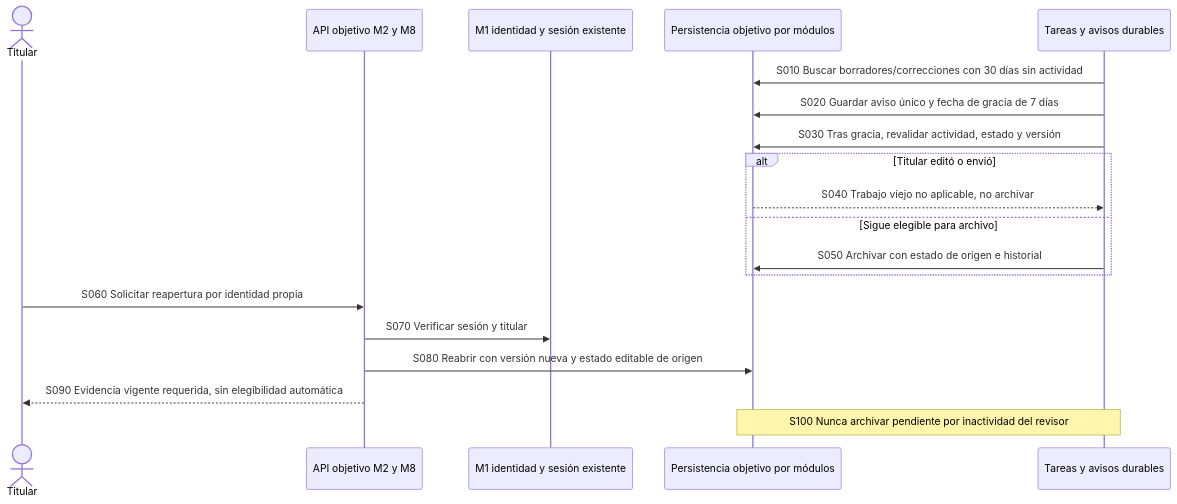
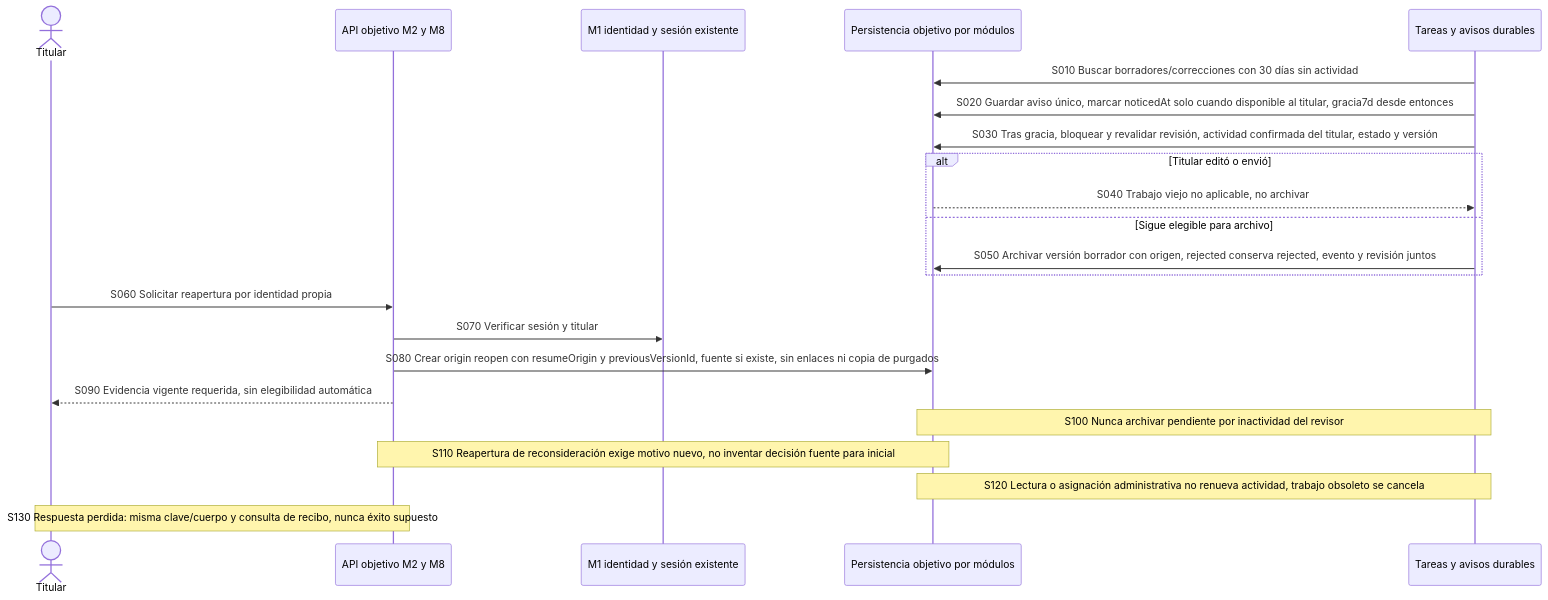
The diagram in marleva-local/repositorio/docs/diagramas/secuencia/M2/MAR-M2-SEQ-006.mmd (AndresRaRi/marleva), drawn with Mermaid before and after one commit. The commit also changed 48 other files, not shown here.

```diff
--- a/marleva-local/repositorio/docs/diagramas/secuencia/M2/MAR-M2-SEQ-006.mmd
+++ b/marleva-local/repositorio/docs/diagramas/secuencia/M2/MAR-M2-SEQ-006.mmd
@@ -1,21 +1,24 @@
 %% MAR-M2-SEQ-006: Archivo por inactividad y reapertura
 %% 15-10-2026. Objetivo documental. Sin API o implementación acreditadas.
 sequenceDiagram
 actor T as Titular
 participant A as API objetivo M2 y M8
 participant I as M1 identidad y sesión existente
 participant D as Persistencia objetivo por módulos
 participant W as Tareas y avisos durables
 W->>D: S010 Buscar borradores/correcciones con 30 días sin actividad
-W->>D: S020 Guardar aviso único y fecha de gracia de 7 días
-W->>D: S030 Tras gracia, revalidar actividad, estado y versión
+W->>D: S020 Guardar aviso único, marcar noticedAt solo cuando disponible al titular, gracia7d desde entonces
+W->>D: S030 Tras gracia, bloquear y revalidar revisión, actividad confirmada del titular, estado y versión
 alt Titular editó o envió
  D-->>W: S040 Trabajo viejo no aplicable, no archivar
 else Sigue elegible para archivo
- W->>D: S050 Archivar con estado de origen e historial
+ W->>D: S050 Archivar versión borrador con origen, rejected conserva rejected, evento y revisión juntos
 end
 T->>A: S060 Solicitar reapertura por identidad propia
 A->>I: S070 Verificar sesión y titular
-A->>D: S080 Reabrir con versión nueva y estado editable de origen
+A->>D: S080 Crear origin reopen con resumeOrigin y previousVersionId, fuente si existe, sin enlaces ni copia de purgados
 A-->>T: S090 Evidencia vigente requerida, sin elegibilidad automática
 Note over W,D: S100 Nunca archivar pendiente por inactividad del revisor
+Note over A,D: S110 Reapertura de reconsideración exige motivo nuevo, no inventar decisión fuente para inicial
+Note over W,D: S120 Lectura o asignación administrativa no renueva actividad, trabajo obsoleto se cancela
+Note over T,A: S130 Respuesta perdida: misma clave/cuerpo y consulta de recibo, nunca éxito supuesto
```
